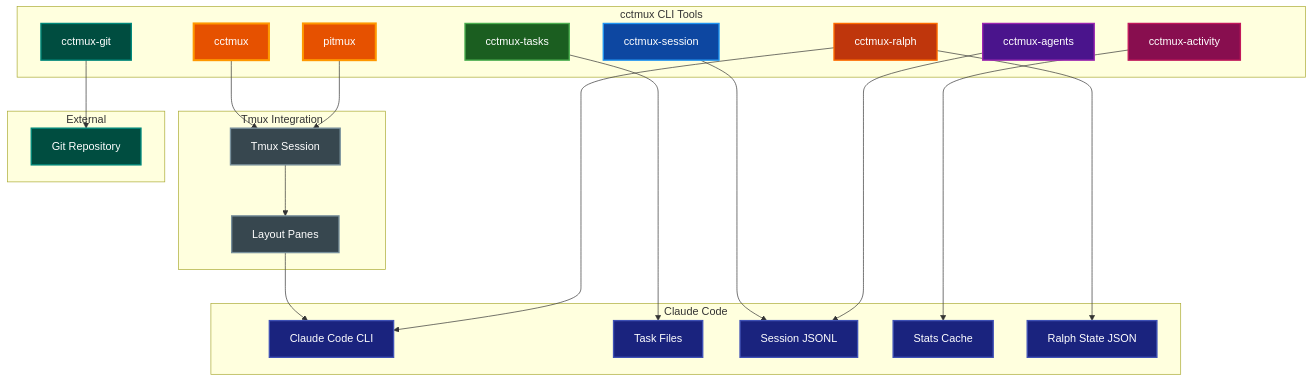
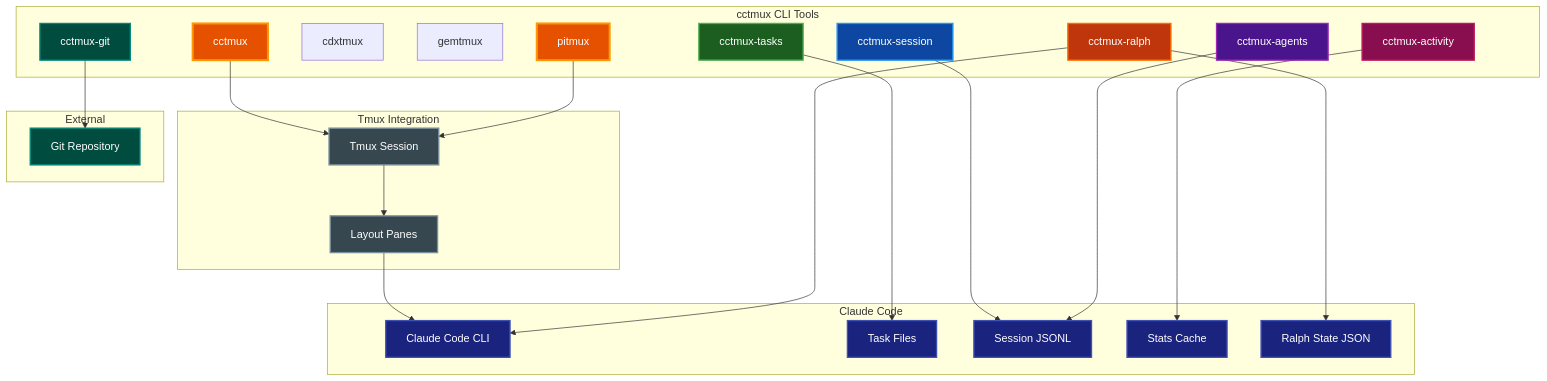
Before and after one commit to paulrobello/cctmux: the diagram in README.md, drawn with Mermaid. The commit also changed other lines of this file and 12 other files, not shown here.

First line of the commit message:
feat: add cdxtmux and gemtmux launchers, expand cross-tool resume

````diff
--- a/README.md
+++ b/README.md
@@ -47,60 +49,62 @@
 ```mermaid
 graph TB
     subgraph "cctmux CLI Tools"
         Main[cctmux]
         Pitmux[pitmux]
+        Cdxtmux[cdxtmux]
+        Gemtmux[gemtmux]
         Tasks[cctmux-tasks]
         Session[cctmux-session]
         Agents[cctmux-agents]
         Activity[cctmux-activity]
         GitMon[cctmux-git]
         Ralph[cctmux-ralph]
     end
 
     subgraph "Tmux Integration"
         TmuxSession[Tmux Session]
         Panes[Layout Panes]
     end
 
     subgraph "Claude Code"
         Claude[Claude Code CLI]
         TaskFiles[Task Files]
         SessionFiles[Session JSONL]
         StatsCache[Stats Cache]
         RalphState[Ralph State JSON]
     end
 
     subgraph "External"
         GitRepo[Git Repository]
     end
 
     Main --> TmuxSession
     Pitmux --> TmuxSession
     TmuxSession --> Panes
     Panes --> Claude
 
     Tasks --> TaskFiles
     Session --> SessionFiles
     Agents --> SessionFiles
     Activity --> StatsCache
     GitMon --> GitRepo
     Ralph --> RalphState
     Ralph --> Claude
 
     style Main fill:#e65100,stroke:#ff9800,stroke-width:3px,color:#ffffff
     style Pitmux fill:#e65100,stroke:#ff9800,stroke-width:3px,color:#ffffff
     style Tasks fill:#1b5e20,stroke:#4caf50,stroke-width:2px,color:#ffffff
     style Session fill:#0d47a1,stroke:#2196f3,stroke-width:2px,color:#ffffff
     style Agents fill:#4a148c,stroke:#9c27b0,stroke-width:2px,color:#ffffff
     style Activity fill:#880e4f,stroke:#c2185b,stroke-width:2px,color:#ffffff
     style GitMon fill:#004d40,stroke:#00897b,stroke-width:2px,color:#ffffff
     style Ralph fill:#bf360c,stroke:#ff6d00,stroke-width:2px,color:#ffffff
     style TmuxSession fill:#37474f,stroke:#78909c,stroke-width:2px,color:#ffffff
     style Panes fill:#37474f,stroke:#78909c,stroke-width:2px,color:#ffffff
     style Claude fill:#1a237e,stroke:#3f51b5,stroke-width:2px,color:#ffffff
     style TaskFiles fill:#1a237e,stroke:#3f51b5,stroke-width:2px,color:#ffffff
     style SessionFiles fill:#1a237e,stroke:#3f51b5,stroke-width:2px,color:#ffffff
     style StatsCache fill:#1a237e,stroke:#3f51b5,stroke-width:2px,color:#ffffff
     style RalphState fill:#1a237e,stroke:#3f51b5,stroke-width:2px,color:#ffffff
     style GitRepo fill:#004d40,stroke:#00897b,stroke-width:2px,color:#ffffff
 ```
````
